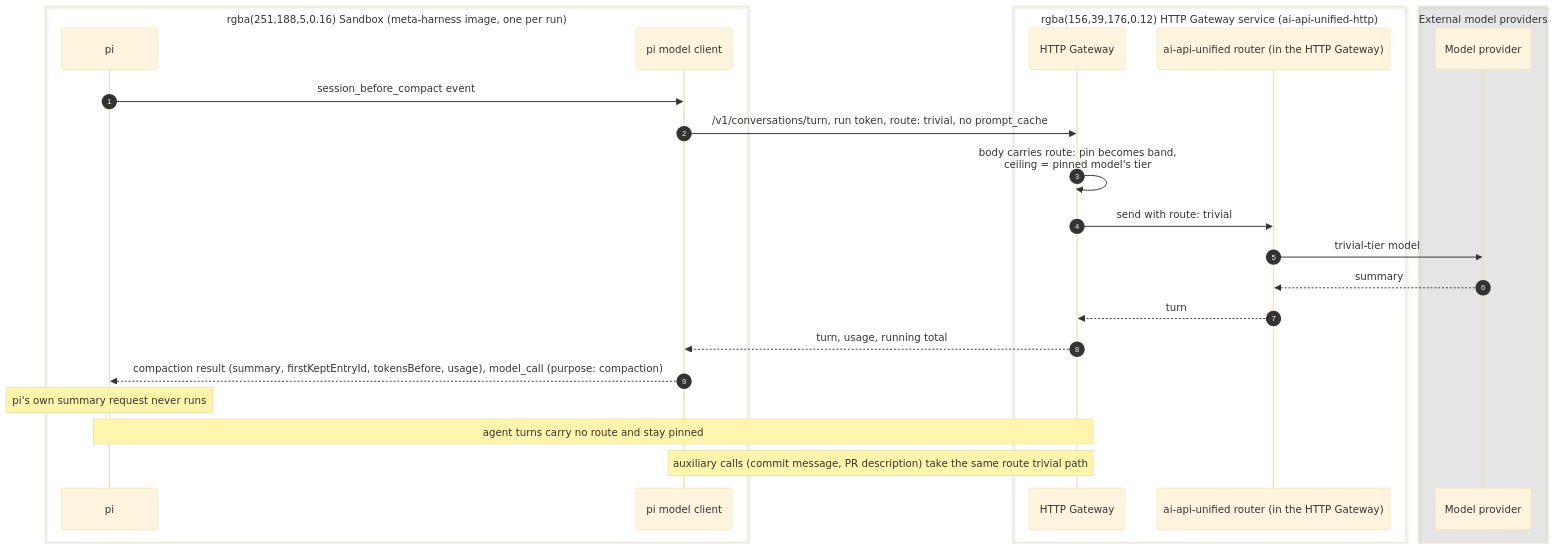
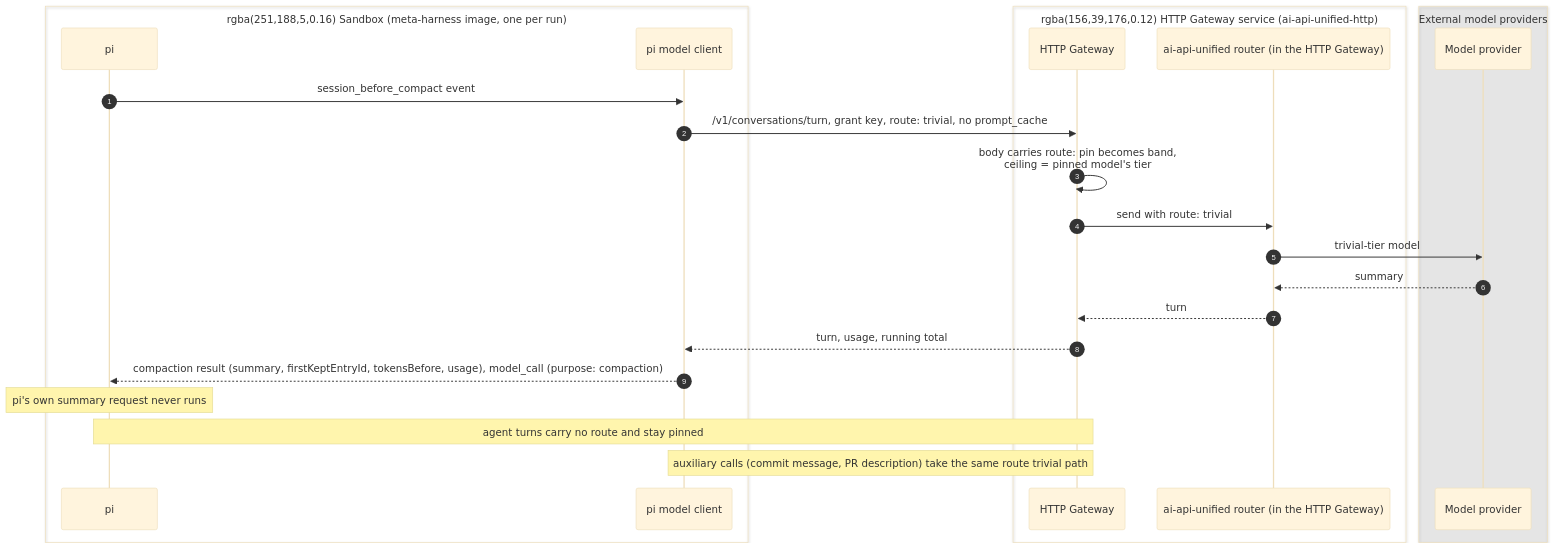
One commit to davecthomas/meta-harness changed the seventh of 12 diagrams in docs/technical-design.md. Above: the diagram before and after it, drawn with Mermaid (base theme). The commit also changed other lines of this file and 16 other files, not shown here.

First line of the commit message:
harness/run-grants: pi's model calls run on a run grant

````diff
--- a/docs/technical-design.md
+++ b/docs/technical-design.md
@@ -999,28 +999,28 @@
 ```mermaid
 sequenceDiagram
     autonumber
     box rgba(251,188,5,0.16) Sandbox (meta-harness image, one per run)
     participant SB as pi
     participant X as pi model client
     end
     box rgba(156,39,176,0.12) HTTP Gateway service (ai-api-unified-http)
     participant GW as HTTP Gateway
     participant R as ai-api-unified router (in the HTTP Gateway)
     end
     box rgba(128,128,128,0.14) External model providers
     participant P as Model provider
     end
 
     SB->>X: session_before_compact event
-    X->>GW: /v1/conversations/turn, run token, route: trivial, no prompt_cache
+    X->>GW: /v1/conversations/turn, grant key, route: trivial, no prompt_cache
     GW->>GW: body carries route: pin becomes band,<br/>ceiling = pinned model's tier
     GW->>R: send with route: trivial
     R->>P: trivial-tier model
     P-->>R: summary
     R-->>GW: turn
     GW-->>X: turn, usage, running total
     X-->>SB: compaction result (summary, firstKeptEntryId, tokensBefore, usage), model_call (purpose: compaction)
     Note over SB: pi's own summary request never runs
     Note over SB,GW: agent turns carry no route and stay pinned
     Note over X,GW: auxiliary calls (commit message, PR description) take the same route trivial path
 ```
````
